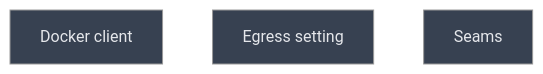
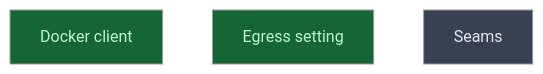
One commit to CrackingShells/Candler changed the diagram in __roadmap__/m5-container-isolation/client/README.md. Above: the diagram before and after it, drawn with Mermaid (neutral theme). The commit also changed other lines of this file and 5 other files, not shown here.

````diff
--- a/__roadmap__/m5-container-isolation/client/README.md
+++ b/__roadmap__/m5-container-isolation/client/README.md
@@ -36,11 +36,11 @@
 ```mermaid
 graph TD
-    docker_client[Docker client]:::planned
-    egress_setting[Egress setting]:::planned
+    docker_client[Docker client]:::done
+    egress_setting[Egress setting]:::done
     seams[Seams]:::planned
     classDef done       fill:#166534,color:#bbf7d0
     classDef inprogress fill:#854d0e,color:#fef08a
     classDef planned    fill:#374151,color:#e5e7eb
     classDef amendment  fill:#1e3a5f,color:#bfdbfe
     classDef blocked    fill:#7f1d1d,color:#fecaca
 ```
````
